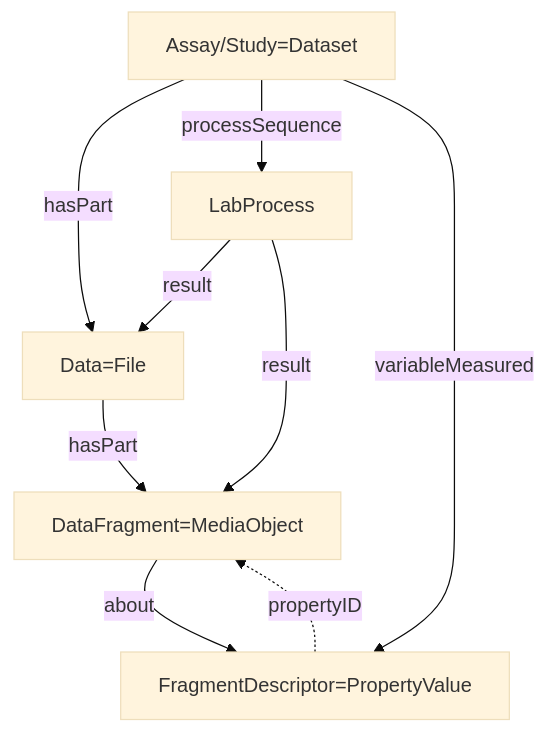
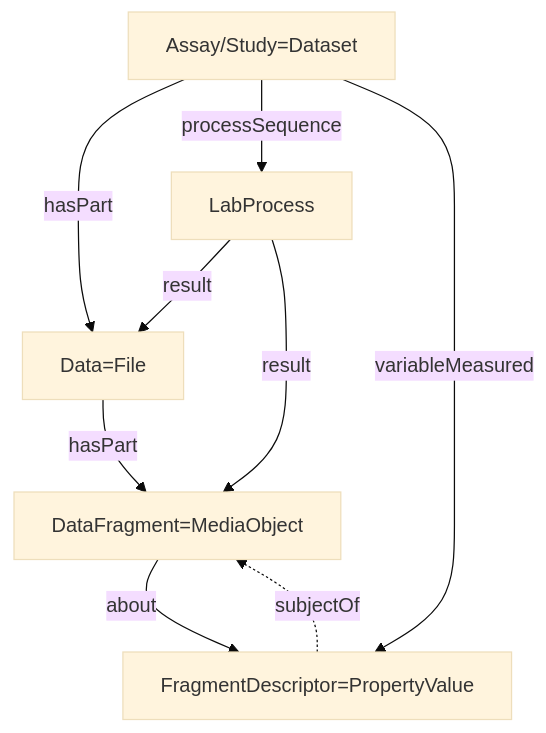
One commit to nfdi4plants/arc-datamap-ro-crate-profile changed the diagram in profile/arc_datamap_ro_crate.md. Above: the diagram before and after it, drawn with Mermaid (base theme). The commit also changed other lines of this file, not shown here.

````diff
--- a/profile/arc_datamap_ro_crate.md
+++ b/profile/arc_datamap_ro_crate.md
@@ -15,25 +15,25 @@
 ```mermaid
 flowchart TD
 
 dataset[Assay/Study=Dataset]
 
 Process[LabProcess]
 
 DataFile[Data=File]
 DataFragment[DataFragment=MediaObject]
 
 prop[FragmentDescriptor=PropertyValue]
 
 DataFile --hasPart--> DataFragment
 dataset --hasPart--> DataFile
 
 DataFragment --about--> prop
-prop -.propertyID.-> DataFragment
+prop -.subjectOf.-> DataFragment
 
 Process --result--> DataFile
 Process --result--> DataFragment
 
 dataset --processSequence--> Process
 dataset --variableMeasured--> prop
 
 ```
````
